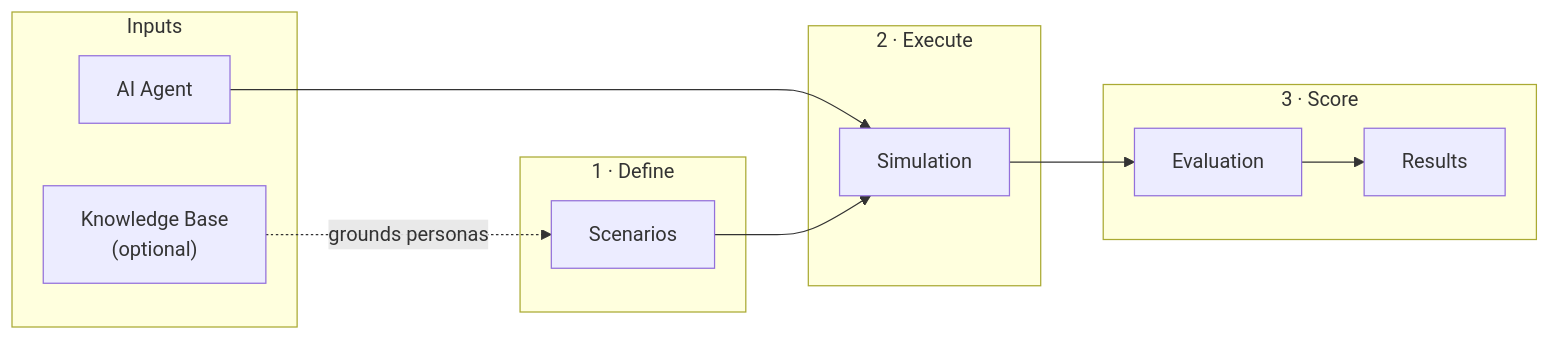
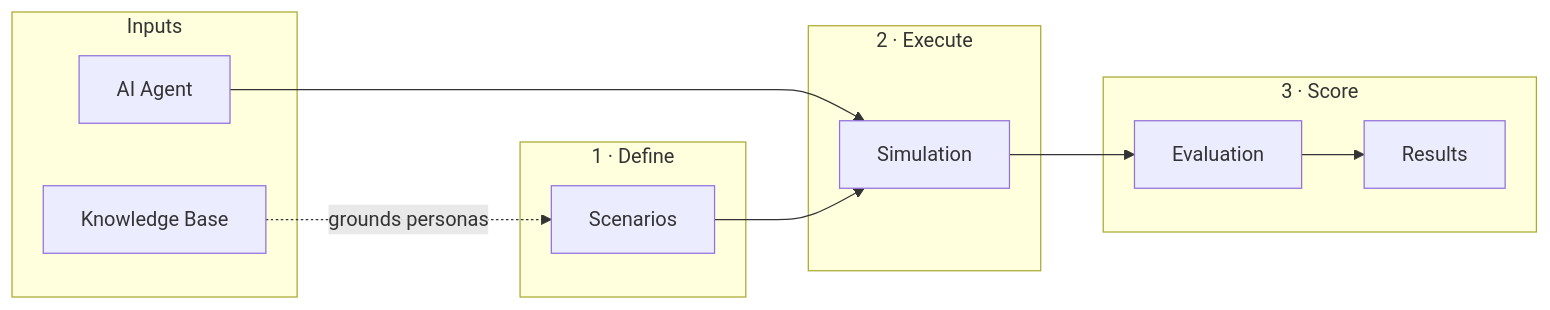
One commit to arklexai/docs changed the first of 2 diagrams in overview.mdx. Above: the diagram before and after it, drawn with Mermaid.

Commit message:
docs(arkdock): remove optional label from Knowledge Base in flowchart

````diff
--- a/overview.mdx
+++ b/overview.mdx
@@ -12,22 +12,22 @@
 ```mermaid
 flowchart LR
   subgraph inputs["Inputs"]
     A["AI Agent"]
-    K["Knowledge Base\n(optional)"]
+    K["Knowledge Base"]
   end
   subgraph define["1 · Define"]
     S["Scenarios"]
   end
   subgraph execute["2 · Execute"]
     SIM["Simulation"]
   end
   subgraph score["3 · Score"]
     E["Evaluation"]
     R["Results"]
   end
   K -. "grounds personas" .-> S
   A --> SIM
   S --> SIM
   SIM --> E
   E --> R
 ```
````
